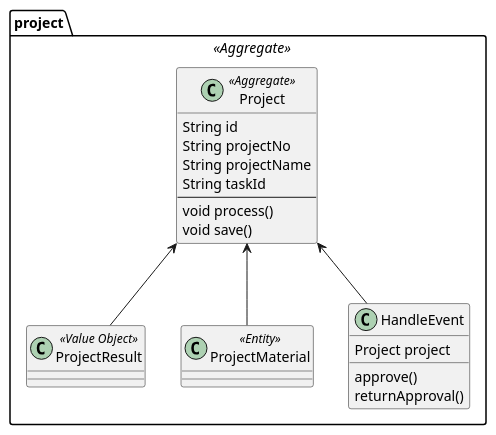
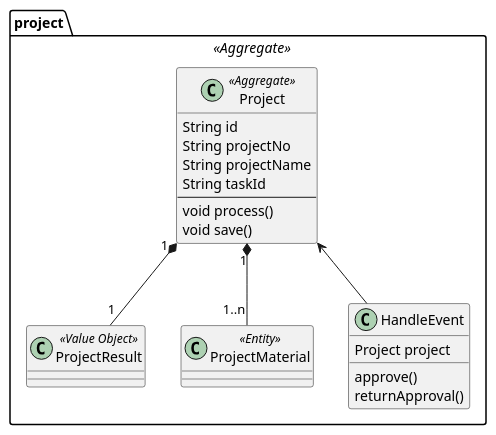
Before and after one commit to wangshuai919/ddd-sample-1: the diagram in design/Project.puml, drawn with PlantUML.

Commit message:
modify UML

```diff
--- a/design/Project.puml
+++ b/design/Project.puml
@@ -1,32 +1,31 @@
 @startuml
 package project <<Aggregate>>{
-
 
 class Project <<Aggregate>>{
 String id
 String projectNo
 String projectName
 String taskId
 ----
 void process()
 void save()
 }
 
 class ProjectResult <<Value Object>>
 
 class ProjectMaterial <<Entity>>
 
 class HandleEvent{
 Project project
 approve()
 returnApproval()
 }
 
-Project <-- ProjectResult
-Project <-- ProjectMaterial
+Project "1" *-- "1" ProjectResult
+Project "1" *-- "1..n" ProjectMaterial
 Project <-- HandleEvent
 
 
 
 }
 @enduml
```
